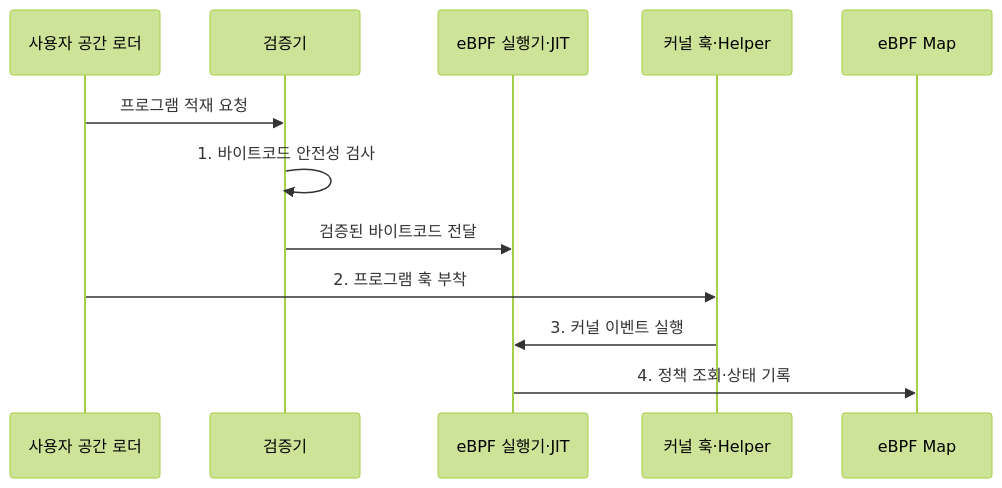
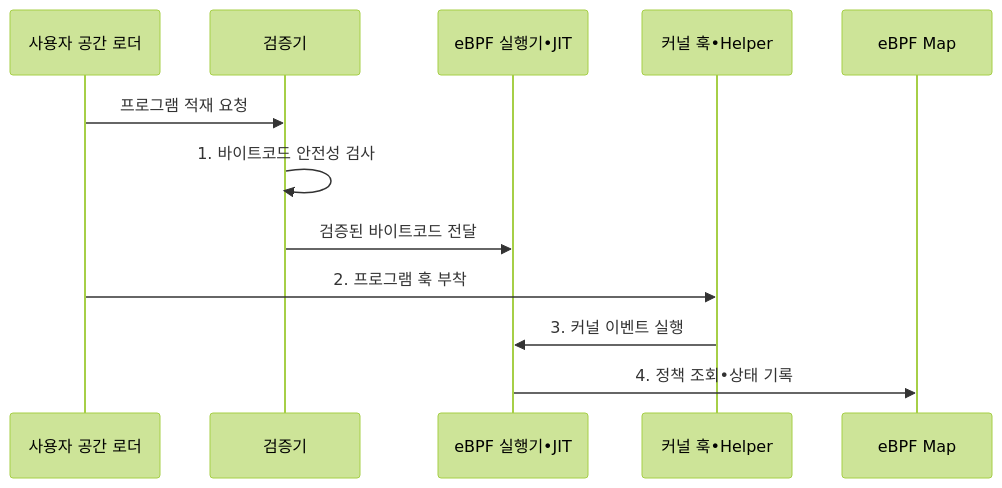
One commit to agnusdei1207/knowledge-base changed the second of 2 diagrams in src/content/docs/notes/08-latest-tech/165_ebpf.md. Above: the diagram before and after it, drawn with Mermaid (forest theme). The commit also changed other lines of this file and 953 other files, not shown here.

````diff
--- a/src/content/docs/notes/08-latest-tech/165_ebpf.md
+++ b/src/content/docs/notes/08-latest-tech/165_ebpf.md
@@ -107,14 +107,14 @@
 ```mermaid
 sequenceDiagram
   participant L as 사용자 공간 로더
   participant V as 검증기
-  participant R as eBPF 실행기·JIT
-  participant H as 커널 훅·Helper
+  participant R as eBPF 실행기•JIT
+  participant H as 커널 훅•Helper
   participant M as eBPF Map
   L->>V: 프로그램 적재 요청
   V->>V: 1. 바이트코드 안전성 검사
   V->>R: 검증된 바이트코드 전달
   L->>H: 2. 프로그램 훅 부착
   H->>R: 3. 커널 이벤트 실행
-  R->>M: 4. 정책 조회·상태 기록
+  R->>M: 4. 정책 조회•상태 기록
 ```
````
